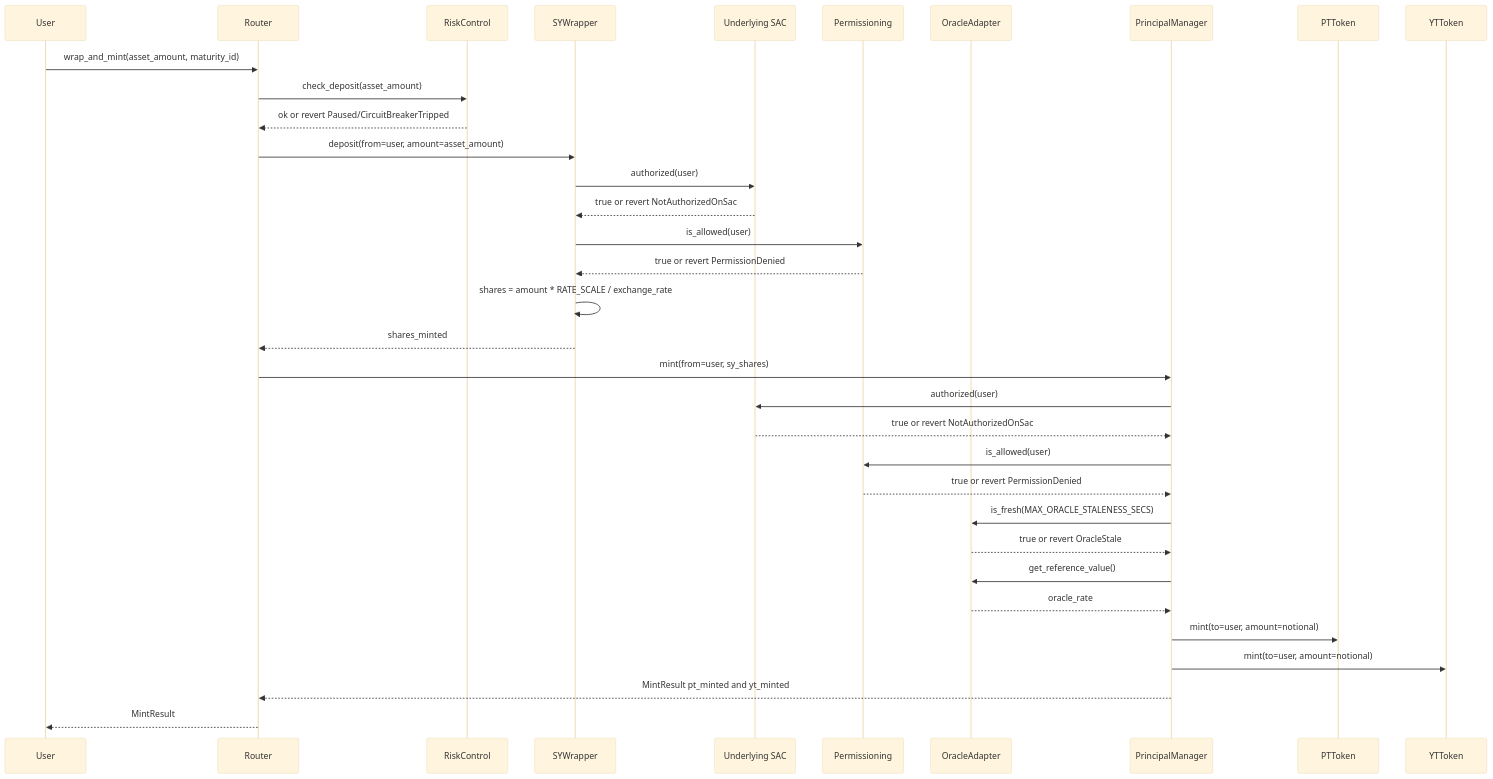
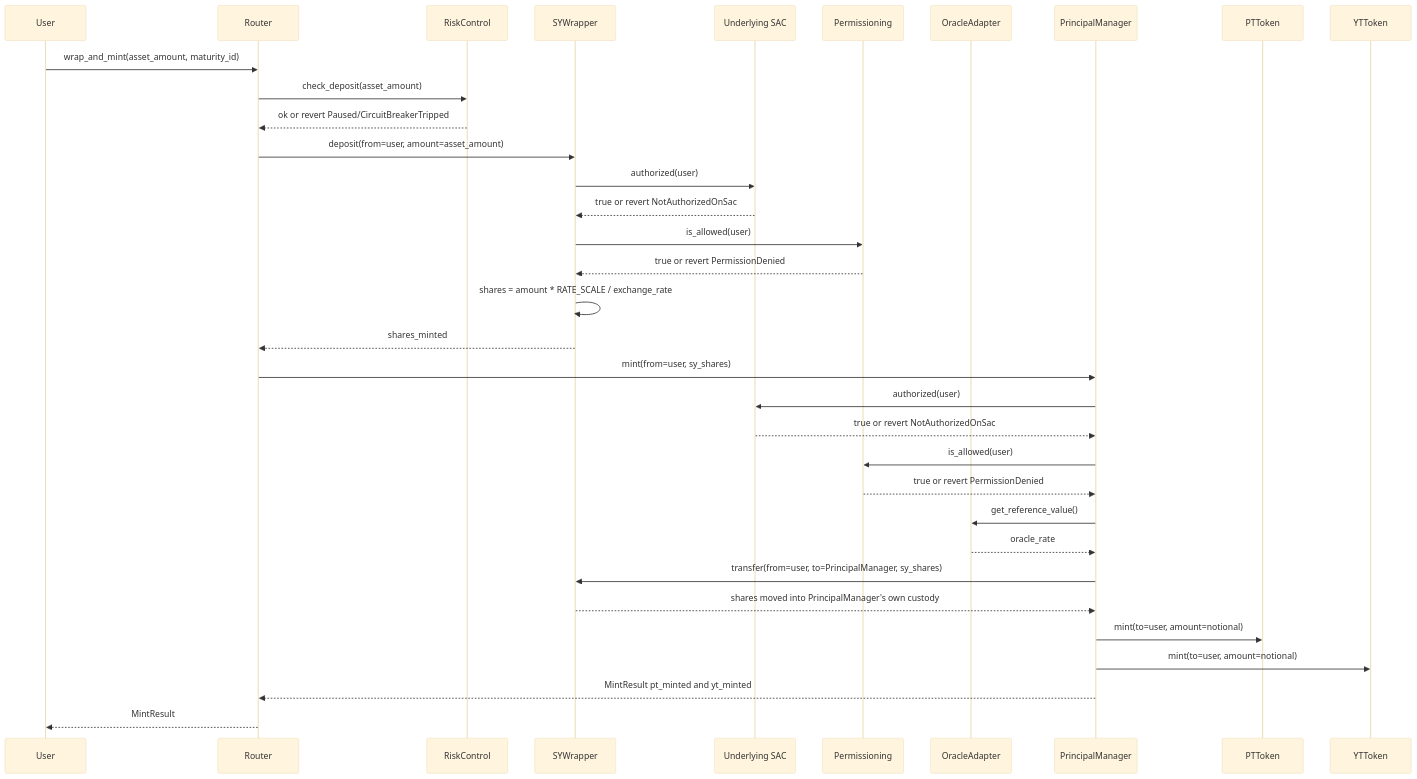
Before and after one commit to principal-Protocol-org/principal: the second of 9 diagrams in ARCHITECTURE.md, drawn with Mermaid (base theme). The commit also changed other lines of this file and 6 other files, not shown here.

````diff
--- a/ARCHITECTURE.md
+++ b/ARCHITECTURE.md
@@ -151,37 +151,37 @@
 ```mermaid
 sequenceDiagram
     participant U as User
     participant RT as Router
     participant RC as RiskControl
     participant SYW as SYWrapper
     participant UND as Underlying SAC
     participant PERM as Permissioning
     participant OA as OracleAdapter
     participant PM as PrincipalManager
     participant PT as PTToken
     participant YT as YTToken
 
     U->>RT: wrap_and_mint(asset_amount, maturity_id)
     RT->>RC: check_deposit(asset_amount)
     RC-->>RT: ok or revert Paused/CircuitBreakerTripped
     RT->>SYW: deposit(from=user, amount=asset_amount)
     SYW->>UND: authorized(user)
     UND-->>SYW: true or revert NotAuthorizedOnSac
     SYW->>PERM: is_allowed(user)
     PERM-->>SYW: true or revert PermissionDenied
     SYW->>SYW: shares = amount * RATE_SCALE / exchange_rate
     SYW-->>RT: shares_minted
     RT->>PM: mint(from=user, sy_shares)
     PM->>UND: authorized(user)
     UND-->>PM: true or revert NotAuthorizedOnSac
     PM->>PERM: is_allowed(user)
     PERM-->>PM: true or revert PermissionDenied
-    PM->>OA: is_fresh(MAX_ORACLE_STALENESS_SECS)
-    OA-->>PM: true or revert OracleStale
     PM->>OA: get_reference_value()
     OA-->>PM: oracle_rate
+    PM->>SYW: transfer(from=user, to=PrincipalManager, sy_shares)
+    SYW-->>PM: shares moved into PrincipalManager's own custody
     PM->>PT: mint(to=user, amount=notional)
     PM->>YT: mint(to=user, amount=notional)
     PM-->>RT: MintResult pt_minted and yt_minted
     RT-->>U: MintResult
 ```
````
